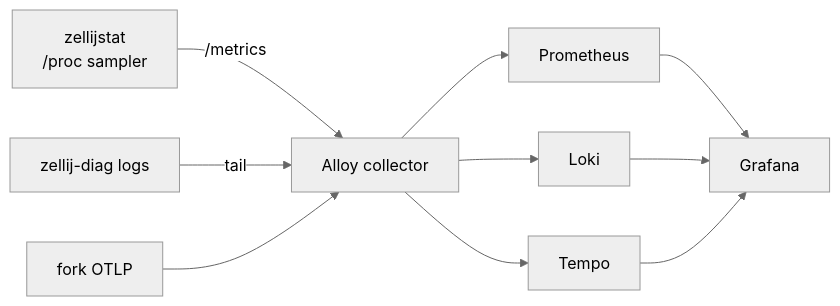
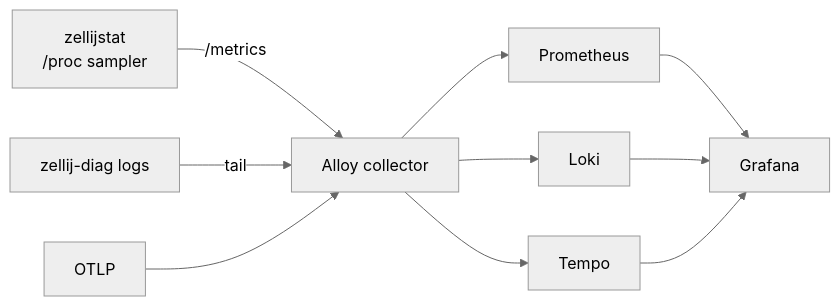
Before and after one commit to alunduil/alunduil-chezmoi: the diagram in docs/explanation/zellij-observability.md, drawn with Mermaid (neutral theme). The commit also changed other lines of this file and 1 other file, not shown here.

````diff
--- a/docs/explanation/zellij-observability.md
+++ b/docs/explanation/zellij-observability.md
@@ -18,12 +18,12 @@
 ```mermaid
 flowchart LR
     zj["zellijstat\n/proc sampler"] -->|/metrics| alloy[Alloy collector]
     logs["zellij-diag logs"] -->|tail| alloy
-    otlp["fork OTLP"] --> alloy
+    otlp["OTLP"] --> alloy
     alloy --> prom[Prometheus]
     alloy --> loki[Loki]
     alloy --> tempo[Tempo]
     prom --> graf[Grafana]
     loki --> graf
     tempo --> graf
 ```
````
